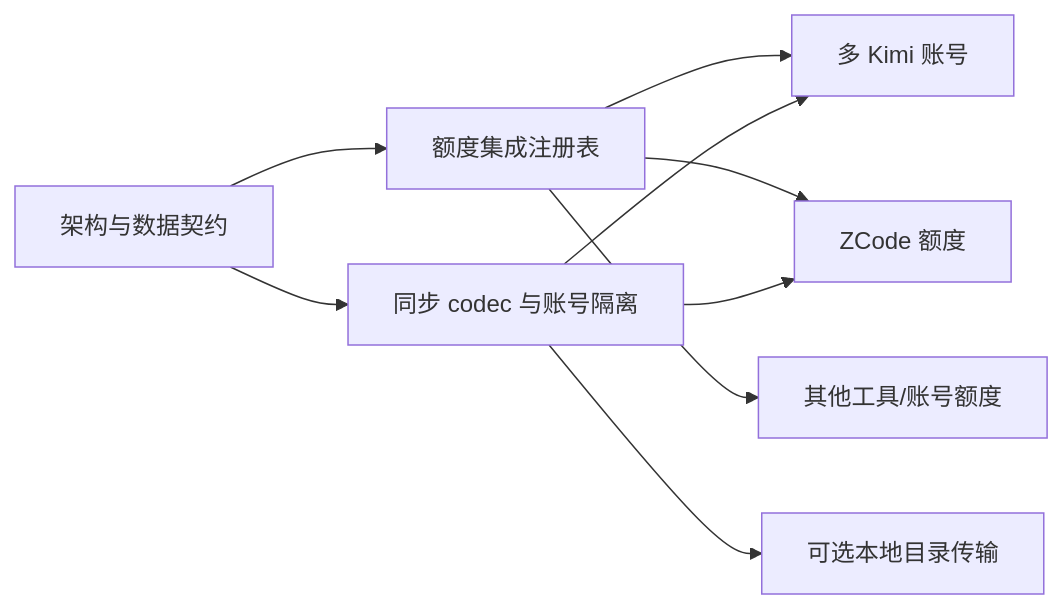
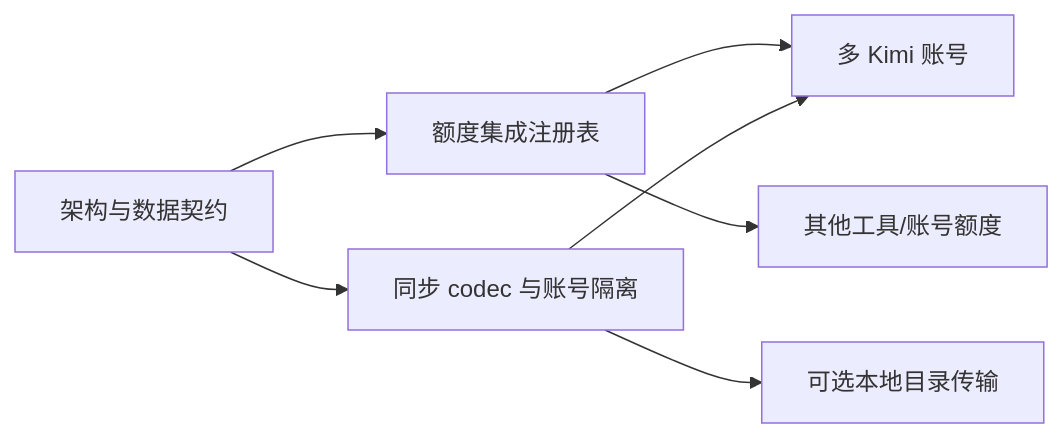
Before and after one commit to DoraJasmine/DoraMonitor: the diagram in docs/future-roadmap.md, drawn with Mermaid. The commit also changed other lines of this file and 20 other files, not shown here.

````diff
--- a/docs/future-roadmap.md
+++ b/docs/future-roadmap.md
@@ -14,11 +14,9 @@
 ```mermaid
 flowchart LR
     A[架构与数据契约] --> B[额度集成注册表]
     B --> C[多 Kimi 账号]
-    B --> D[ZCode 额度]
     B --> E[其他工具/账号额度]
     A --> F[同步 codec 与账号隔离]
     F --> C
-    F --> D
     F --> G[可选本地目录传输]
 ```
````
